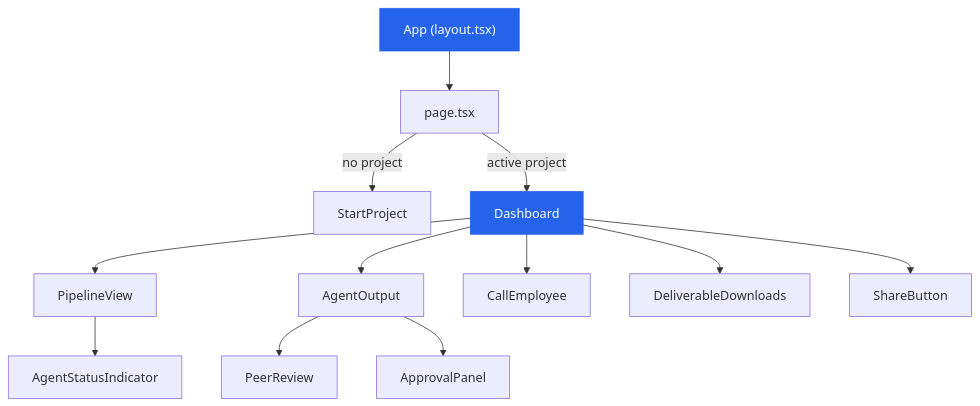
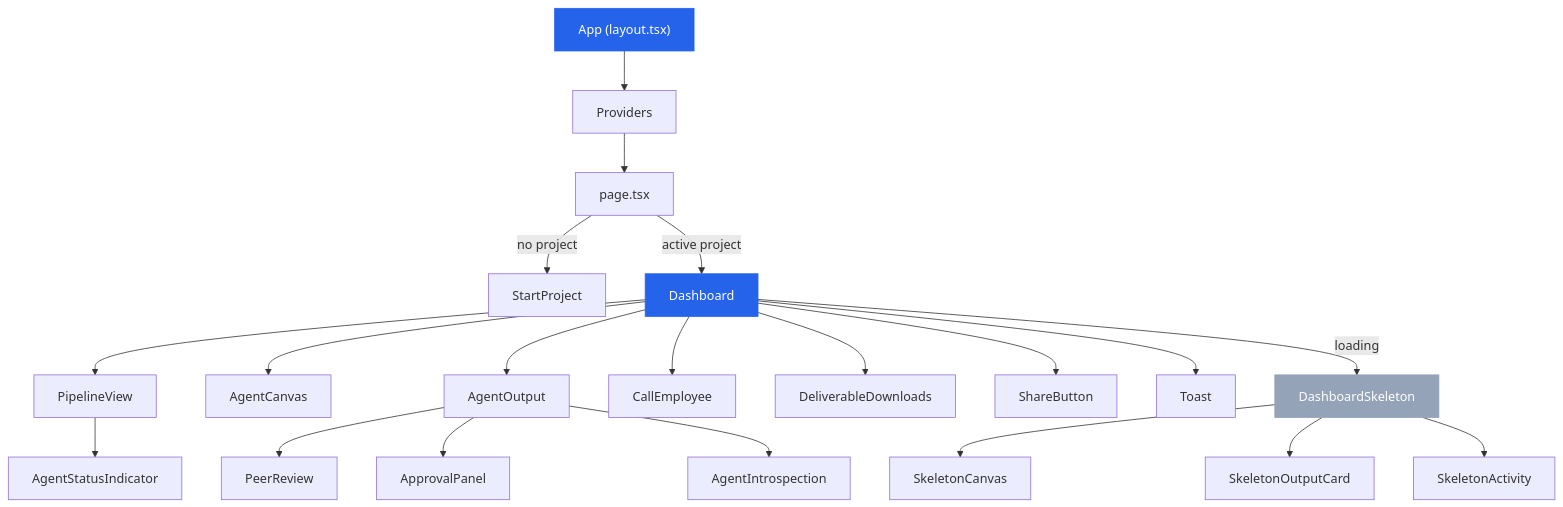
The diagram in vault/05 - Frontend/Component Architecture.md (laknanitish2110-sudo/ai-software-company), drawn with Mermaid before and after one commit. The commit also changed other lines of this file and 17 other files, not shown here.

````diff
--- a/vault/05 - Frontend/Component Architecture.md
+++ b/vault/05 - Frontend/Component Architecture.md
@@ -7,17 +7,26 @@
 ```mermaid
 graph TD
-    APP["App (layout.tsx)"] --> PAGE["page.tsx"]
+    APP["App (layout.tsx)"] --> PROV["Providers"]
+    PROV --> PAGE["page.tsx"]
     PAGE -->|"no project"| START["StartProject"]
     PAGE -->|"active project"| DASH["Dashboard"]
     DASH --> PIPE["PipelineView"]
+    DASH --> CANVAS["AgentCanvas"]
     DASH --> OUTPUT["AgentOutput"]
     DASH --> CALL["CallEmployee"]
     DASH --> DELIV["DeliverableDownloads"]
     DASH --> SHARE["ShareButton"]
+    DASH --> TOAST["Toast"]
+    DASH -->|"loading"| SKEL["DashboardSkeleton"]
     OUTPUT --> REVIEW["PeerReview"]
     OUTPUT --> APPROVE["ApprovalPanel"]
+    OUTPUT --> INTRO["AgentIntrospection"]
     PIPE --> STATUS["AgentStatusIndicator"]
+    SKEL --> SKELCANVAS["SkeletonCanvas"]
+    SKEL --> SKELCARD["SkeletonOutputCard"]
+    SKEL --> SKELACT["SkeletonActivity"]
 
     style APP fill:#2563eb,stroke:#2563eb,color:#fff
     style DASH fill:#2563eb,stroke:#2563eb,color:#fff
+    style SKEL fill:#94a3b8,stroke:#94a3b8,color:#fff
 ```
````
